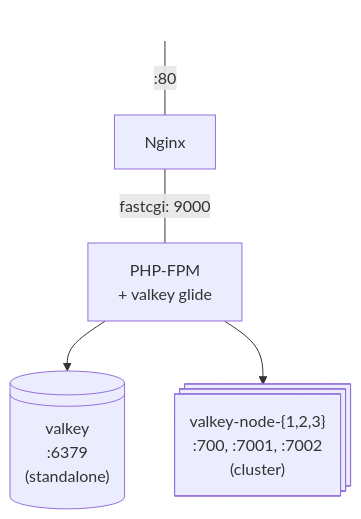
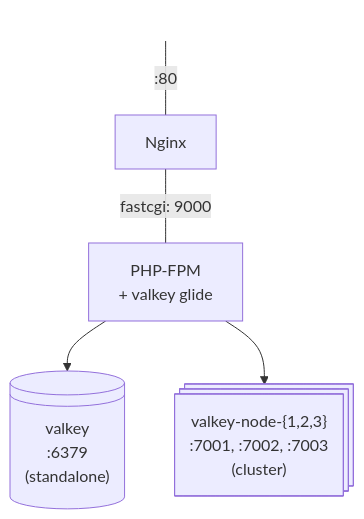
Before and after one commit to opensource-for-valkey/valkey-glide-php-docker: the diagram in README.md, drawn with Mermaid. The commit also changed other lines of this file, not shown here.

Commit message:
Another typo

````diff
--- a/README.md
+++ b/README.md
@@ -137,14 +138,14 @@
 ```mermaid
 flowchart TD
     nginx@{ shape: rect, label: "Nginx" }
     php@{ shape: rect, label: "PHP-FPM \n + valkey glide" }
     v@{ shape: lin-cyl, label: "valkey \n :6379 \n (standalone)" }
-    vn@{ shape: processes, label: "valkey-node-{1,2,3} \n :700, :7001, :7002 \n (cluster)"}
+    vn@{ shape: processes, label: "valkey-node-{1,2,3} \n :7001, :7002, :7003 \n (cluster)"}
 
     START[ ] --- |:80| nginx
     nginx --- |fastcgi: 9000| php
     php --> v 
     php --> vn
 
     style START fill:#FFFFFF00, stroke:#FFFFFF00;
 ```
````
